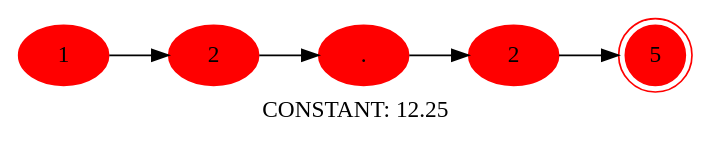
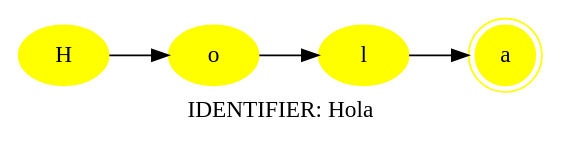
One commit to Jbrod5/lenguajes changed the diagram in parser-py/Plots/0_toPlot.dot. Above: the diagram before and after it, drawn with Graphviz. The commit also changed 16 other files, not shown here.

```diff
--- a/parser-py/Plots/0_toPlot.dot
+++ b/parser-py/Plots/0_toPlot.dot
@@ -1,13 +1,11 @@
 digraph Plot{
    rankdir = LR;
-   label = "CONSTANT: 12.25";
-    n0[style = filled, color = red, label = "1"];
-    n1[style = filled, color = red, label = "2"];
-    n2[style = filled, color = red, label = "."];
-    n3[style = filled, color = red, label = "2"];
-    n4[style = filled, color = red, label = "5" ,shape = doublecircle];
+   label = "IDENTIFIER: Hola";
+    n0[style = filled, color = yellow, label = "H"];
+    n1[style = filled, color = yellow, label = "o"];
+    n2[style = filled, color = yellow, label = "l"];
+    n3[style = filled, color = yellow, label = "a" ,shape = doublecircle];
     n0 -> n1;
     n1 -> n2;
     n2 -> n3;
-    n3 -> n4;
 }
```
